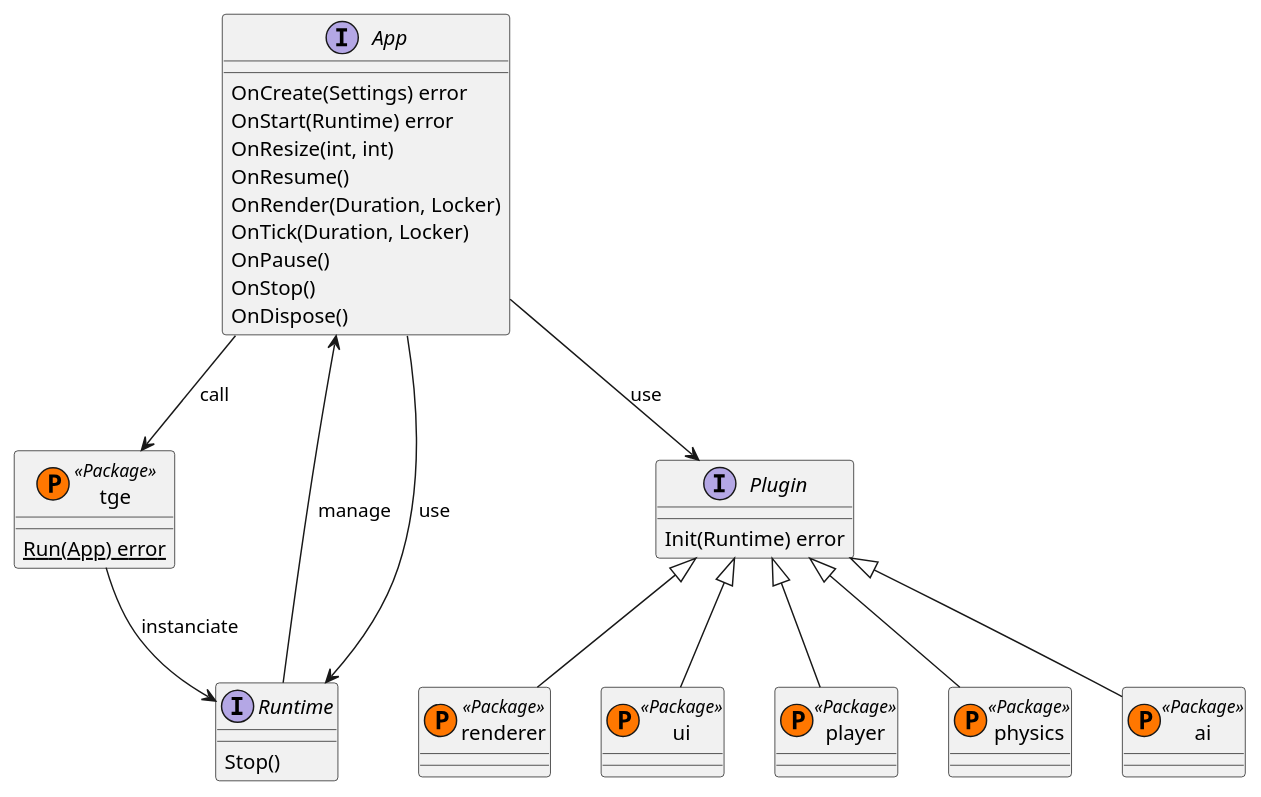
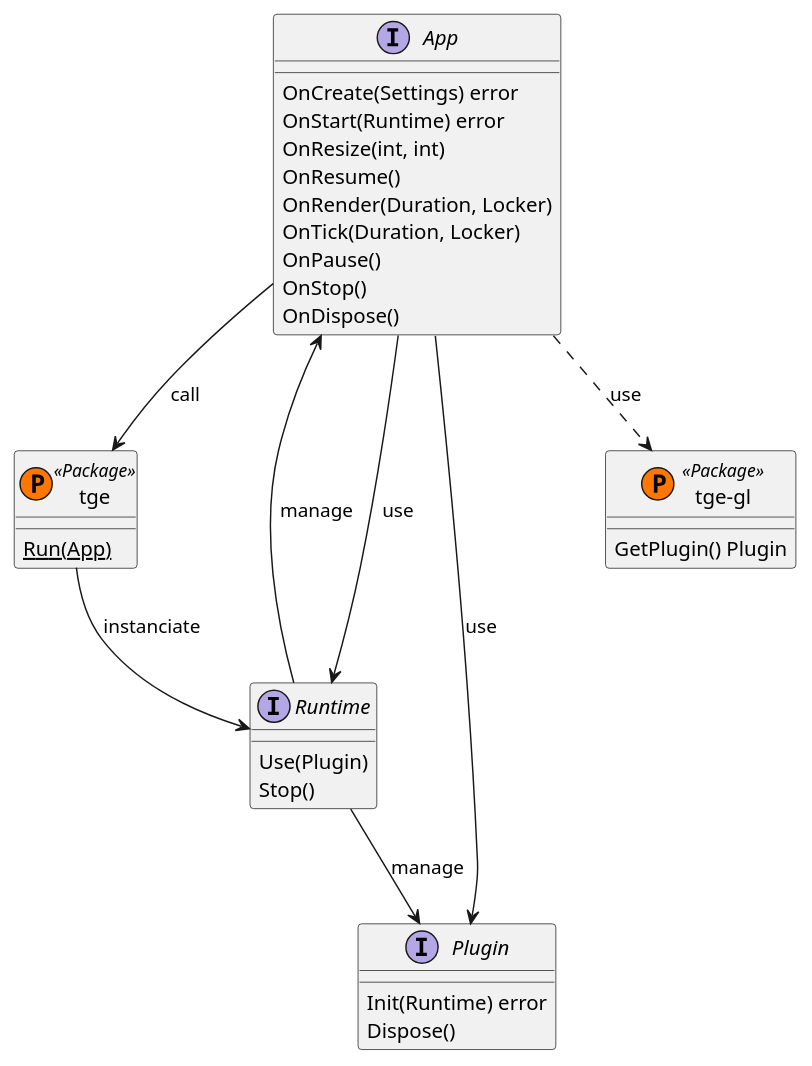
Before and after one commit to Thommil/tge: the diagram in specs/api.puml, drawn with PlantUML. The commit also changed 4 other files, not shown here.

```diff
--- a/specs/api.puml
+++ b/specs/api.puml
@@ -2,52 +2,43 @@
 @startuml API
 ' Components
 interface App {
     OnCreate(Settings) error
     OnStart(Runtime) error
     OnResize(int, int)
     OnResume()
     OnRender(Duration, Locker)
     OnTick(Duration, Locker)
     OnPause()
     OnStop()
     OnDispose()
 }
 
 class tge << (P,#FF7700) Package >> {
-    {static} Run(App) error
+    {static} Run(App)
 }
 
 interface Runtime {
+    Use(Plugin)
     Stop()
 }
 
-interface Plugin{
+interface Plugin{    
     Init(Runtime) error
+    Dispose()
 }
 
-class renderer << (P,#FF7700) Package >> {
-}
-class ui << (P,#FF7700) Package >> {
-}
-class player << (P,#FF7700) Package >> {
-}
-class physics << (P,#FF7700) Package >> {
-}
-class ai << (P,#FF7700) Package >> {
+class "tge-gl" << (P,#FF7700) Package >> {
+    GetPlugin() Plugin
 }
 
 ' Relations
 App --> tge : call
 tge --> Runtime : instanciate
 App <-- Runtime : manage
 App --> Runtime : use
 App --> Plugin : use
+Runtime --> Plugin : manage
 
-Plugin <|-- renderer
-Plugin <|-- player
-Plugin <|-- ui
-Plugin <|-- physics
-Plugin <|-- ai
-
+App ..> "tge-gl" : use
 
 @enduml
```
